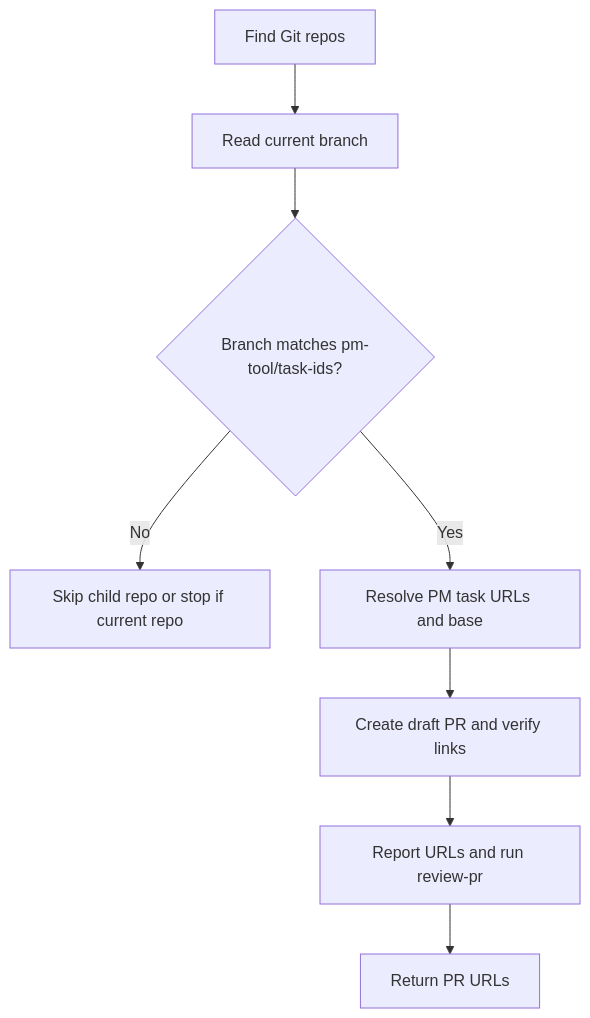
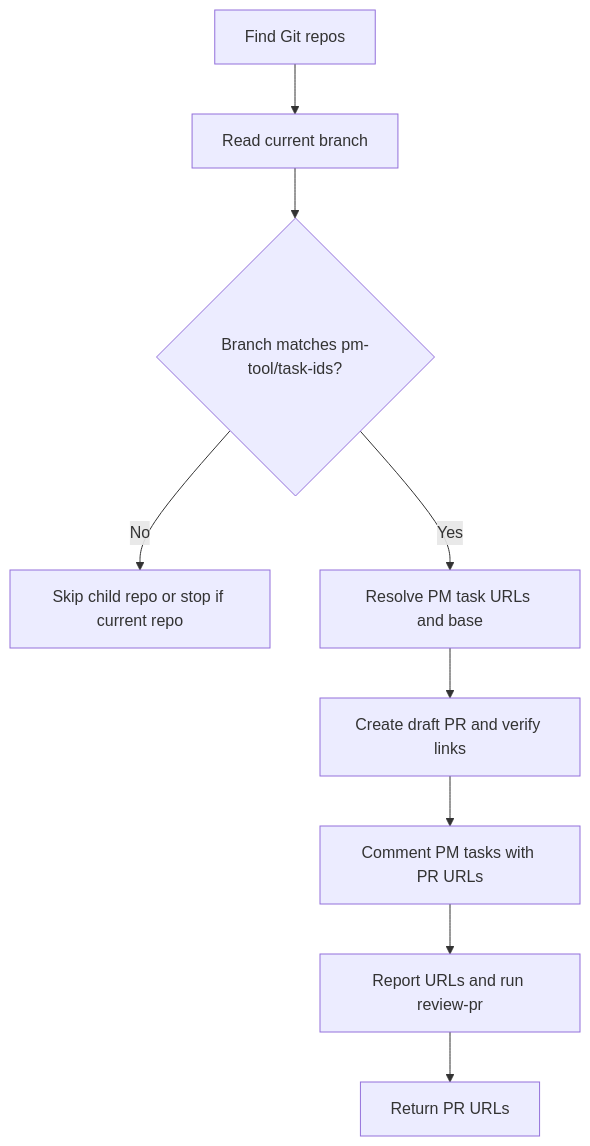
Before and after one commit to mvagnon/plan-based-agentic-workflow: the diagram in skills/create-pr/SKILL.md, drawn with Mermaid. The commit also changed other lines of this file and 3 other files, not shown here.

````diff
--- a/skills/create-pr/SKILL.md
+++ b/skills/create-pr/SKILL.md
@@ -24,10 +24,11 @@
 ```mermaid
 flowchart TD
   A[Find Git repos] --> B[Read current branch]
   B --> C{Branch matches pm-tool/task-ids?}
   C -->|No| D[Skip child repo or stop if current repo]
   C -->|Yes| E[Resolve PM task URLs and base]
   E --> F[Create draft PR and verify links]
-  F --> G[Report URLs and run review-pr]
-  G --> H[Return PR URLs]
+  F --> G[Comment PM tasks with PR URLs]
+  G --> H[Report URLs and run review-pr]
+  H --> I[Return PR URLs]
 ```
````
